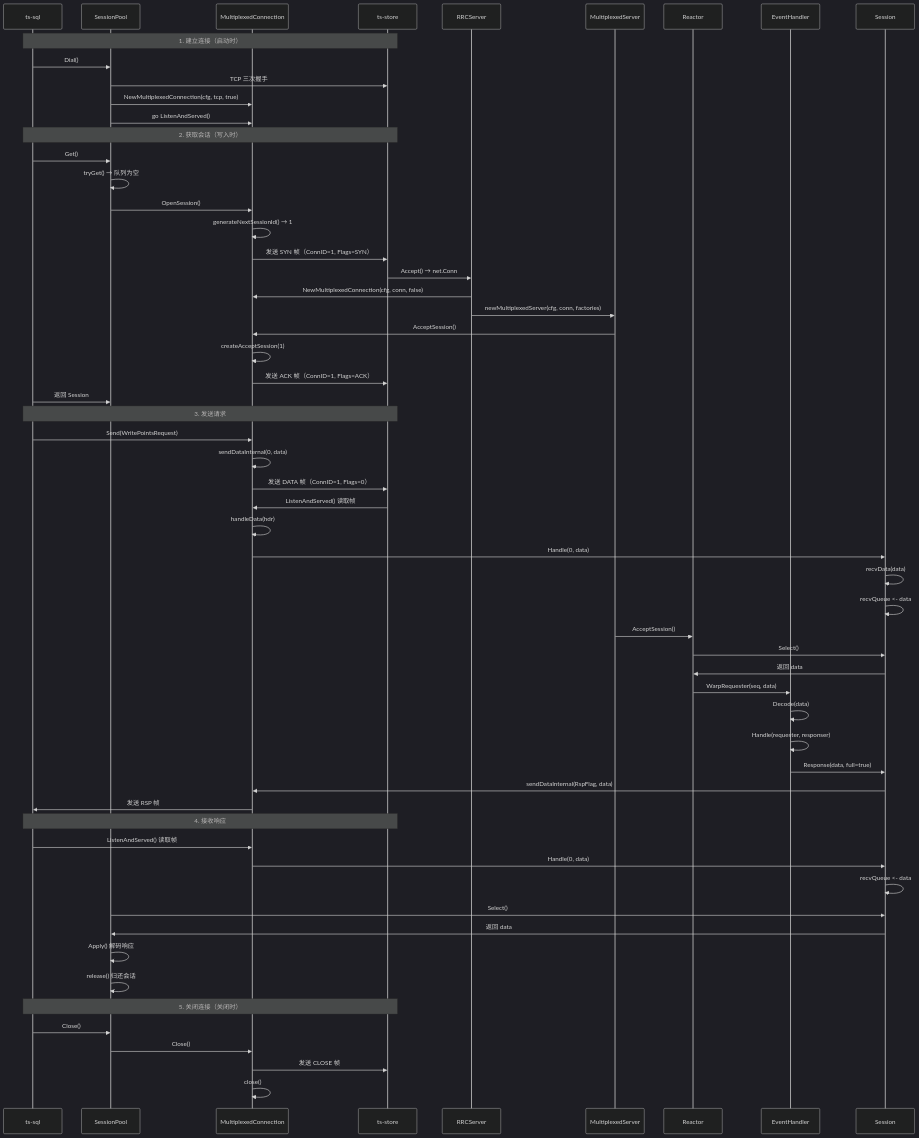
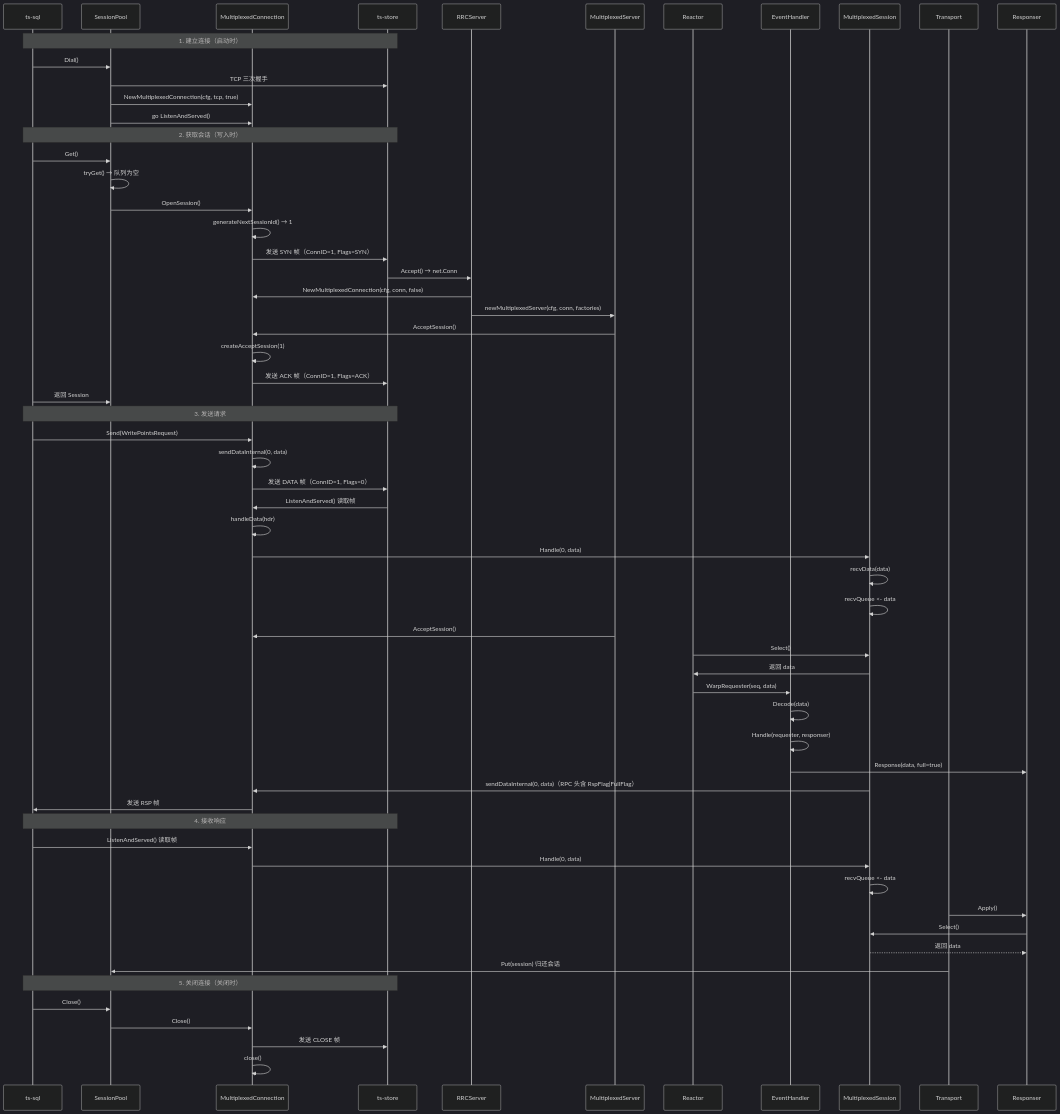
Diagram 23 of 24 in docs/specs/28_spdy_transport_spec.md (stefanv5/openGemini), drawn with Mermaid (dark theme) before and after one commit. The commit also changed other lines of this file and 37 other files, not shown here.

````diff
--- a/docs/specs/28_spdy_transport_spec.md
+++ b/docs/specs/28_spdy_transport_spec.md
@@ -2397,70 +2483,73 @@
 ```mermaid
 sequenceDiagram
     participant SQL as ts-sql
     participant Pool as SessionPool
     participant Conn as MultiplexedConnection
     participant Store as ts-store
     participant RRC as RRCServer
     participant MS as MultiplexedServer
     participant Reactor as Reactor
     participant Handler as EventHandler
+    participant Session as MultiplexedSession
+    participant Transport as Transport
+    participant Responser as Responser
 
     Note over SQL,Store: 1. 建立连接（启动时）
     SQL->>Pool: Dial()
     Pool->>Store: TCP 三次握手
     Pool->>Conn: NewMultiplexedConnection(cfg, tcp, true)
     Pool->>Conn: go ListenAndServed()
 
     Note over SQL,Store: 2. 获取会话（写入时）
     SQL->>Pool: Get()
     Pool->>Pool: tryGet() → 队列为空
     Pool->>Conn: OpenSession()
     Conn->>Conn: generateNextSessionId() → 1
     Conn->>Store: 发送 SYN 帧（ConnID=1, Flags=SYN）
 
     Store->>RRC: Accept() → net.Conn
     RRC->>Conn: NewMultiplexedConnection(cfg, conn, false)
     RRC->>MS: newMultiplexedServer(cfg, conn, factories)
     MS->>Conn: AcceptSession()
     Conn->>Conn: createAcceptSession(1)
     Conn->>Store: 发送 ACK 帧（ConnID=1, Flags=ACK）
 
     SQL->>Pool: 返回 Session
 
     Note over SQL,Store: 3. 发送请求
     SQL->>Conn: Send(WritePointsRequest)
     Conn->>Conn: sendDataInternal(0, data)
     Conn->>Store: 发送 DATA 帧（ConnID=1, Flags=0）
 
     Store->>Conn: ListenAndServed() 读取帧
     Conn->>Conn: handleData(hdr)
     Conn->>Session: Handle(0, data)
     Session->>Session: recvData(data)
     Session->>Session: recvQueue <- data
 
-    MS->>Reactor: AcceptSession()
+    MS->>Conn: AcceptSession()
     Reactor->>Session: Select()
     Session->>Reactor: 返回 data
     Reactor->>Handler: WarpRequester(seq, data)
     Handler->>Handler: Decode(data)
     Handler->>Handler: Handle(requester, responser)
-    Handler->>Session: Response(data, full=true)
-    Session->>Conn: sendDataInternal(RspFlag, data)
+    Handler->>Responser: Response(data, full=true)
+    Session->>Conn: sendDataInternal(0, data)（RPC 头含 RspFlag|FullFlag）
     Conn->>SQL: 发送 RSP 帧
 
     Note over SQL,Store: 4. 接收响应
     SQL->>Conn: ListenAndServed() 读取帧
     Conn->>Session: Handle(0, data)
     Session->>Session: recvQueue <- data
 
-    Pool->>Session: Select()
-    Session->>Pool: 返回 data
-    Pool->>Pool: Apply() 解码响应
-    Pool->>Pool: release() 归还会话
+    Transport->>Responser: Apply()
+    Responser->>Session: Select()
+    Session-->>Responser: 返回 data
+    Transport->>Pool: Put(session) 归还会话
 
     Note over SQL,Store: 5. 关闭连接（关闭时）
     SQL->>Pool: Close()
     Pool->>Conn: Close()
     Conn->>Store: 发送 CLOSE 帧
     Conn->>Conn: close()
 ```
````
